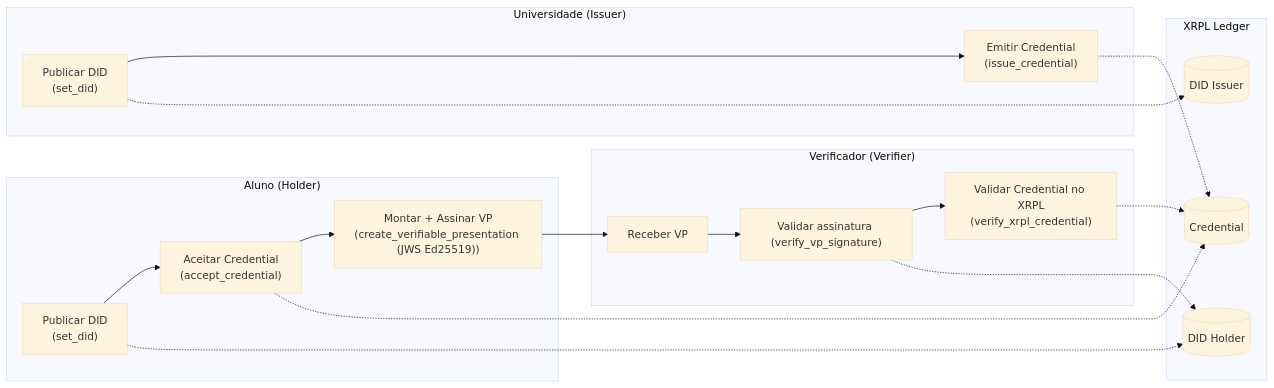
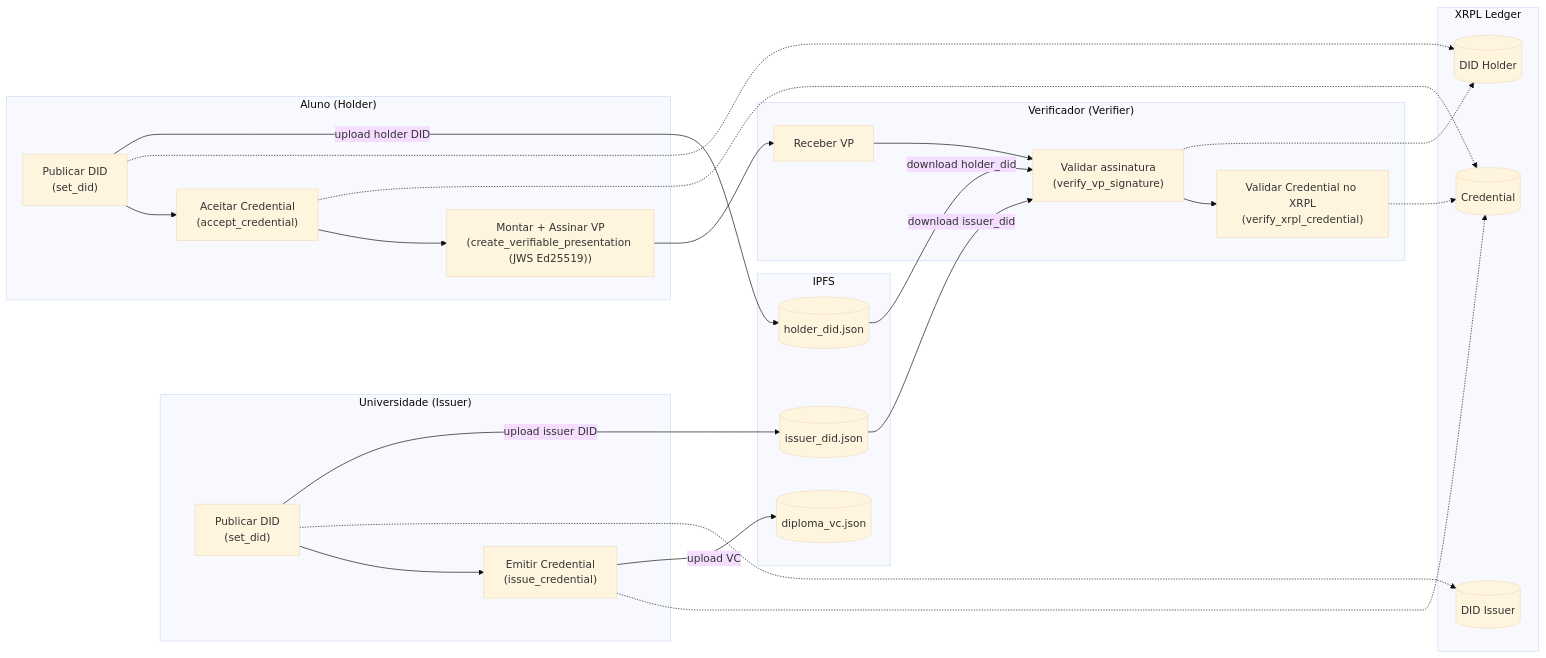
Before and after one commit to mauriciopillon/didproject: the diagram in xrpl-ipfs/readme.md, drawn with Mermaid (base theme). The commit also changed other lines of this file and 44 other files, not shown here.

````diff
--- a/xrpl-ipfs/readme.md
+++ b/xrpl-ipfs/readme.md
@@ -33,32 +51,45 @@
 ```mermaid
 flowchart LR
   subgraph ISSUER["Universidade (Issuer)"]
-    I1["Publicar DID <br/>(set_did)"] ------> I2["Emitir Credential<br/>(issue_credential)"]
+    I1["Publicar DID <br/>(set_did)"] --> I2["Emitir Credential<br/>(issue_credential)"]
   end
 
   subgraph HOLDER["Aluno (Holder)"]
     H1["Publicar DID <br/>(set_did)"] --> H2["Aceitar Credential<br/>(accept_credential)"]
     H2 --> H3["Montar + Assinar VP<br/>(create_verifiable_presentation (JWS Ed25519))"]
   end
 
   subgraph VERIFIER["Verificador (Verifier)"]
-    V1["Receber VP"] --> V2["Validar assinatura (verify_vp_signature) "]
+    V1["Receber VP"] --> V2["Validar assinatura<br/>(verify_vp_signature)"]
     V2 --> V3["Validar Credential no XRPL<br/>(verify_xrpl_credential)"]
   end
 
   subgraph XRPL["XRPL Ledger"]
     L1[("DID Issuer")]
     L2[("DID Holder")]
     L3[("Credential")]
   end
 
+  subgraph IPFS["IPFS"]
+    P1[("issuer_did.json")]
+    P2[("diploma_vc.json")]
+    P3[("holder_did.json")]
+  end
+
   I1 -.-> L1
   I2 -.-> L3
   H1 -.-> L2
   H2 -.-> L3
+
+  I1 -->|upload issuer DID| P1
+  I2 -->|upload VC| P2
+  H1 -->|upload holder DID| P3
+
+  P1 -->|download issuer_did| V2
+  P3 -->|download holder_did| V2
 
   H3 --> V1
   V2 -.-> L2
   V3 -.-> L3
 
 ```
````
